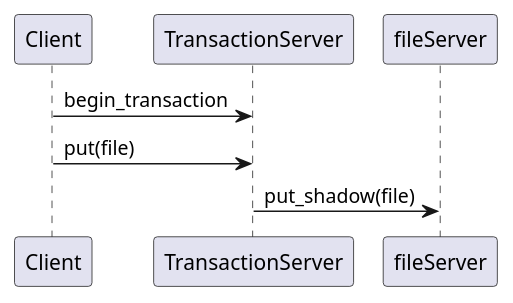
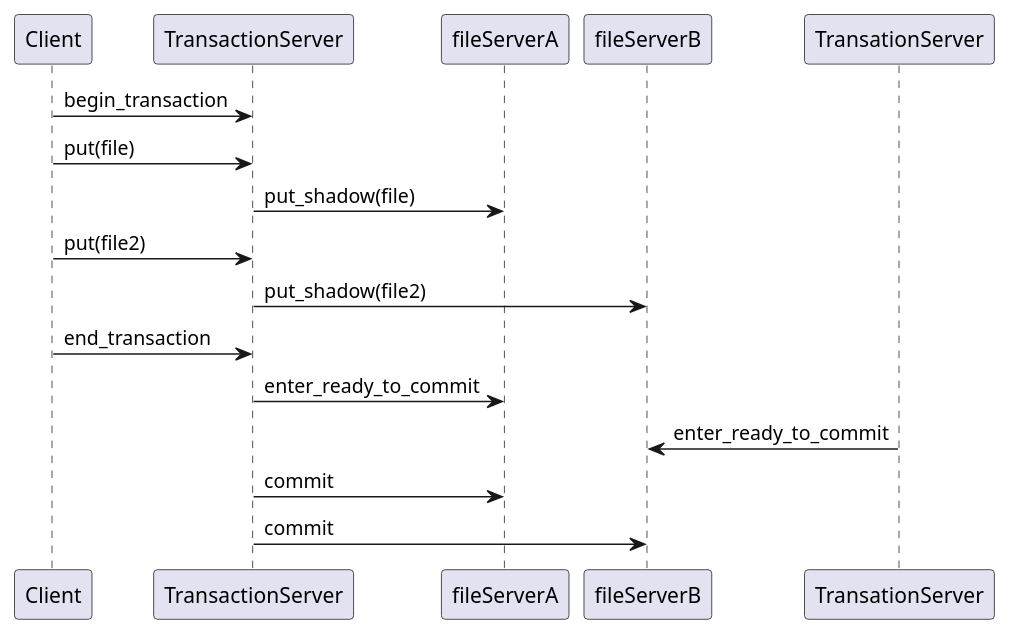
The fifth of 5 diagrams in report/diagrams.org (KillianDavitt/CS4032-DistributedFileSystem), drawn with PlantUML before and after one commit. The commit also changed 3 other files, not shown here.

Commit message:
more report diagrams

```diff
--- a/report/diagrams.org
+++ b/report/diagrams.org
@@ -57,6 +57,13 @@
 #+BEGIN_SRC plantuml :file transactions.png
 Client -> TransactionServer: begin_transaction
 Client -> TransactionServer: put(file)
-TransactionServer -> fileServer: put_shadow(file)
+TransactionServer -> fileServerA: put_shadow(file)
+Client -> TransactionServer: put(file2)
+TransactionServer -> fileServerB: put_shadow(file2)
+Client -> TransactionServer: end_transaction
+TransactionServer -> fileServerA: enter_ready_to_commit
+TransationServer -> fileServerB: enter_ready_to_commit
+TransactionServer -> fileServerA: commit
+TransactionServer -> fileServerB: commit
  
 #+END_SRC
```
